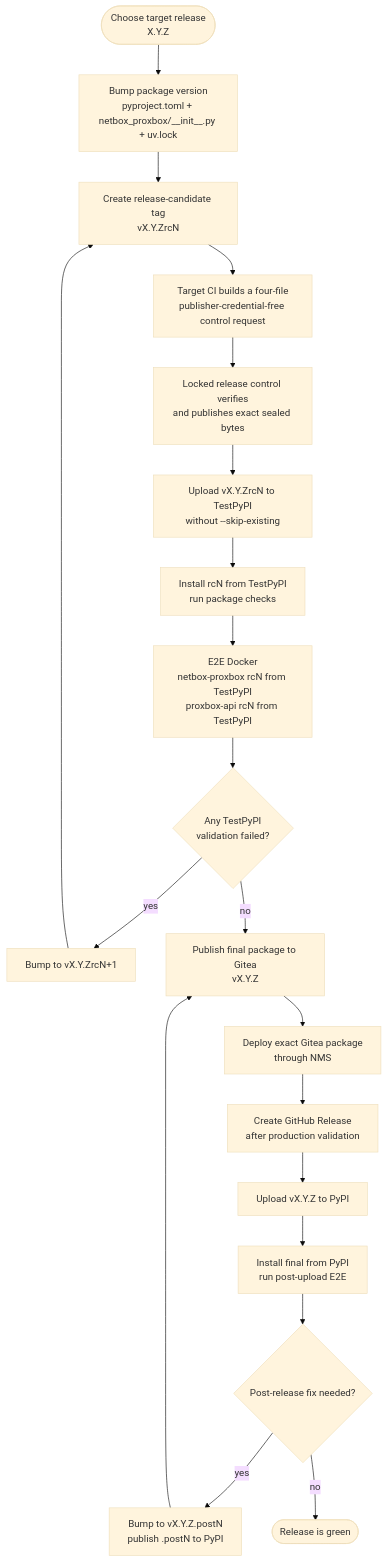
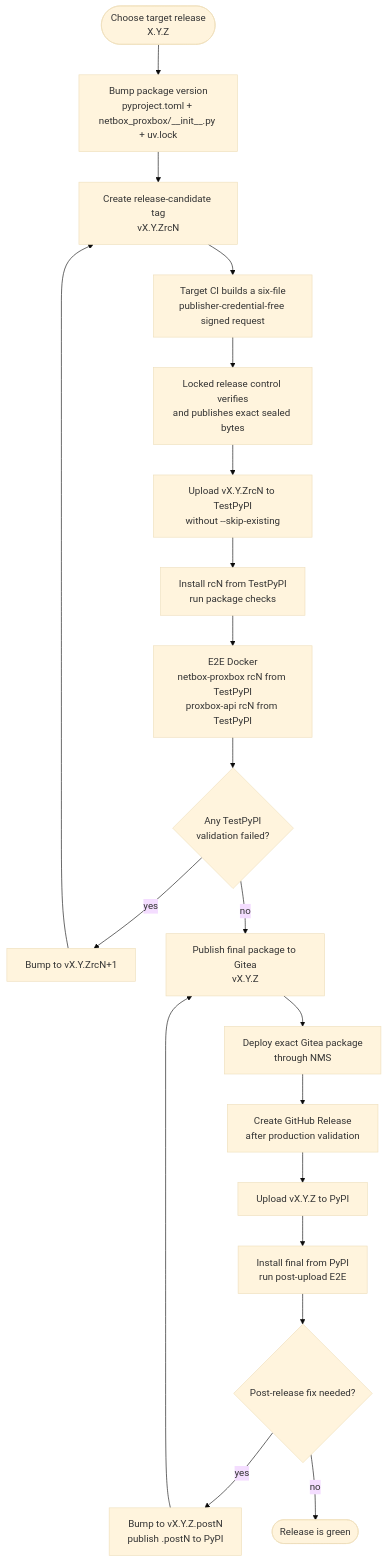
Before and after one commit to emersonfelipesp/netbox-proxbox: the first of 2 diagrams in docs/developer/release-publishing.md, drawn with Mermaid (base theme). The commit also changed other lines of this file and 5 other files, not shown here.

````diff
--- a/docs/developer/release-publishing.md
+++ b/docs/developer/release-publishing.md
@@ -13,27 +13,27 @@
 ```mermaid
 flowchart TD
     Start([Choose target release\nX.Y.Z])
     Bump[Bump package version\npyproject.toml + netbox_proxbox/__init__.py + uv.lock]
     RCTag[Create release-candidate tag\nvX.Y.ZrcN]
-    RCCI[Target CI builds a four-file\npublisher-credential-free control request]
+    RCCI[Target CI builds a six-file\npublisher-credential-free signed request]
     Control[Locked release control verifies\nand publishes exact sealed bytes]
     RCUpload[Upload vX.Y.ZrcN to TestPyPI\nwithout --skip-existing]
     RCValidate[Install rcN from TestPyPI\nrun package checks]
     RCE2E[E2E Docker\nnetbox-proxbox rcN from TestPyPI\nproxbox-api rcN from TestPyPI]
     RCFailed{Any TestPyPI\nvalidation failed?}
     NextRC[Bump to vX.Y.ZrcN+1]
     FinalPrivate[Publish final package to Gitea\nvX.Y.Z]
     Deploy[Deploy exact Gitea package\nthrough NMS]
     PublicRelease[Create GitHub Release\nafter production validation]
     FinalUpload[Upload vX.Y.Z to PyPI]
     FinalValidate[Install final from PyPI\nrun post-upload E2E]
     FinalFailed{Post-release fix needed?}
     Post[Bump to vX.Y.Z.postN\npublish .postN to PyPI]
     Done([Release is green])
 
     Start --> Bump --> RCTag --> RCCI --> Control --> RCUpload --> RCValidate --> RCE2E --> RCFailed
     RCFailed -- yes --> NextRC --> RCTag
     RCFailed -- no --> FinalPrivate --> Deploy --> PublicRelease --> FinalUpload --> FinalValidate --> FinalFailed
     FinalFailed -- yes --> Post --> FinalPrivate
     FinalFailed -- no --> Done
 ```
````
